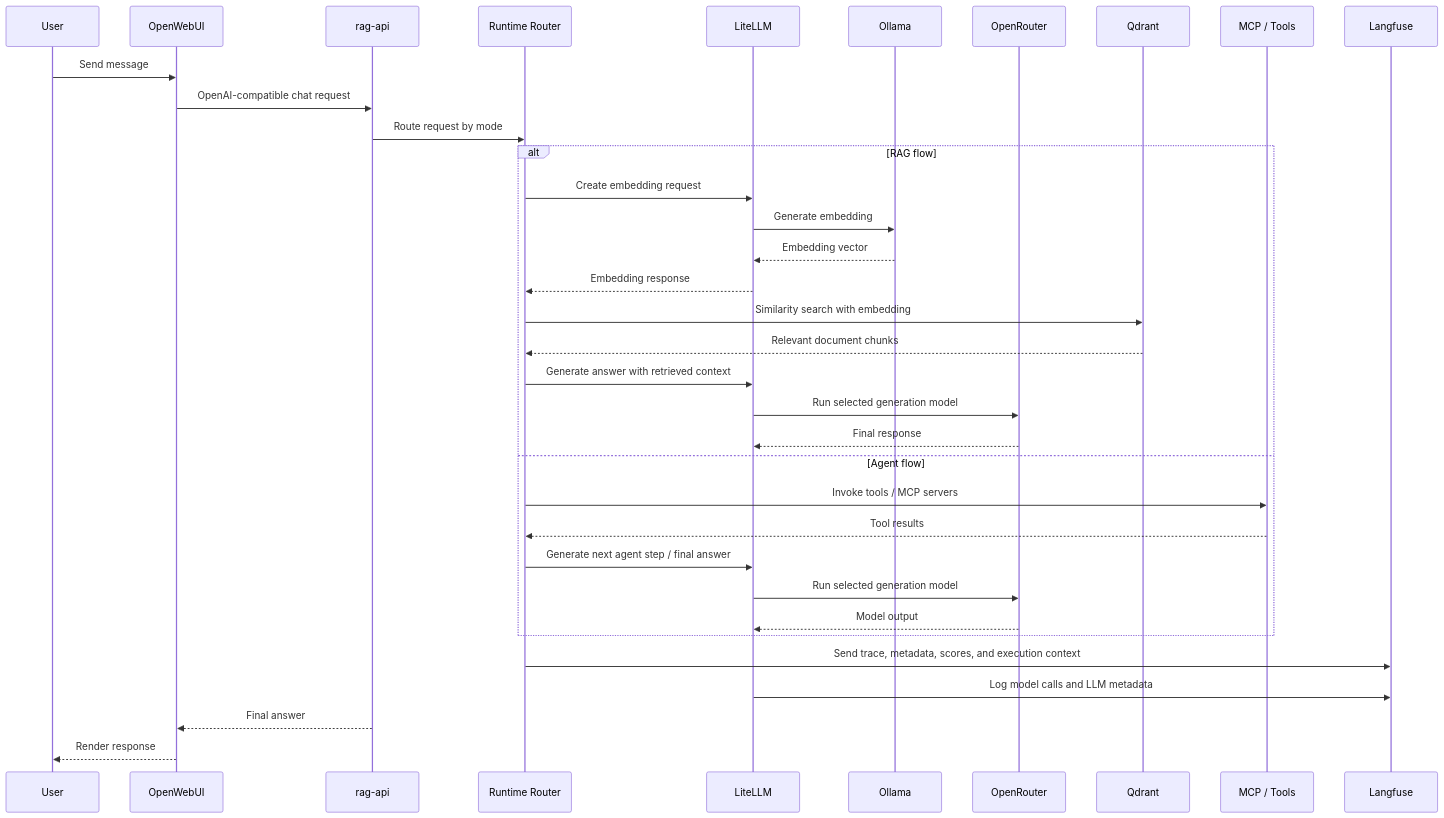
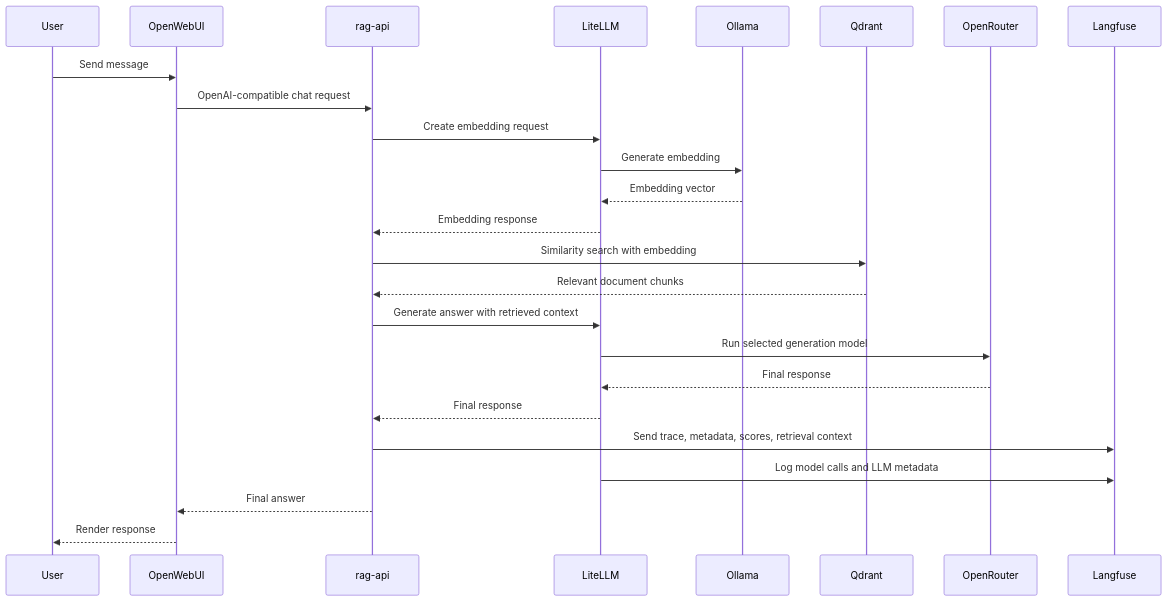
The second of 3 diagrams in docs/architecture.md (glaborie/agentguard), drawn with Mermaid before and after one commit. The commit also changed other lines of this file, not shown here.

Commit message:
Split message flow into separate RAG and agent diagrams

````diff
--- a/docs/architecture.md
+++ b/docs/architecture.md
@@ -89,44 +93,33 @@
 ```mermaid
 sequenceDiagram
     participant User
     participant OpenWebUI
     participant RAGAPI as rag-api
-    participant Runtime as Runtime Router
     participant LiteLLM
     participant Ollama
+    participant Qdrant
     participant OpenRouter
-    participant Qdrant
-    participant MCPTools as MCP / Tools
     participant Langfuse
 
     User->>OpenWebUI: Send message
     OpenWebUI->>RAGAPI: OpenAI-compatible chat request
-    RAGAPI->>Runtime: Route request by mode
 
-    alt RAG flow
-        Runtime->>LiteLLM: Create embedding request
-        LiteLLM->>Ollama: Generate embedding
-        Ollama-->>LiteLLM: Embedding vector
-        LiteLLM-->>Runtime: Embedding response
+    RAGAPI->>LiteLLM: Create embedding request
+    LiteLLM->>Ollama: Generate embedding
+    Ollama-->>LiteLLM: Embedding vector
+    LiteLLM-->>RAGAPI: Embedding response
 
-        Runtime->>Qdrant: Similarity search with embedding
-        Qdrant-->>Runtime: Relevant document chunks
+    RAGAPI->>Qdrant: Similarity search with embedding
+    Qdrant-->>RAGAPI: Relevant document chunks
 
-        Runtime->>LiteLLM: Generate answer with retrieved context
-        LiteLLM->>OpenRouter: Run selected generation model
-        OpenRouter-->>LiteLLM: Final response
-    else Agent flow
-        Runtime->>MCPTools: Invoke tools / MCP servers
-        MCPTools-->>Runtime: Tool results
+    RAGAPI->>LiteLLM: Generate answer with retrieved context
+    LiteLLM->>OpenRouter: Run selected generation model
+    OpenRouter-->>LiteLLM: Final response
+    LiteLLM-->>RAGAPI: Final response
 
-        Runtime->>LiteLLM: Generate next agent step / final answer
-        LiteLLM->>OpenRouter: Run selected generation model
-        OpenRouter-->>LiteLLM: Model output
-    end
-
-    Runtime->>Langfuse: Send trace, metadata, scores, and execution context
+    RAGAPI->>Langfuse: Send trace, metadata, scores, retrieval context
     LiteLLM->>Langfuse: Log model calls and LLM metadata
 
     RAGAPI-->>OpenWebUI: Final answer
     OpenWebUI-->>User: Render response
 ```
````
